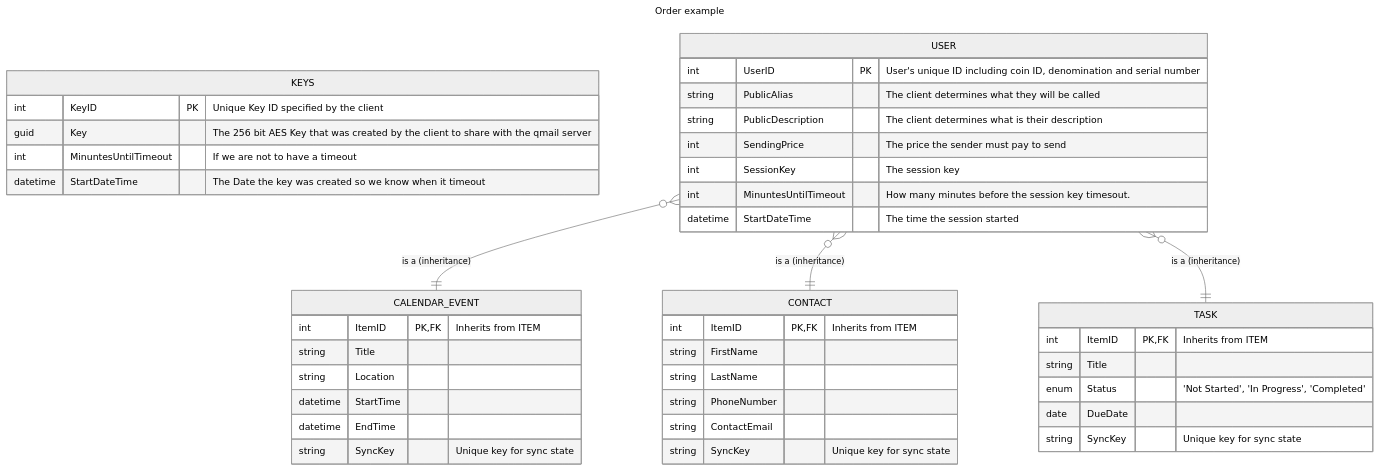
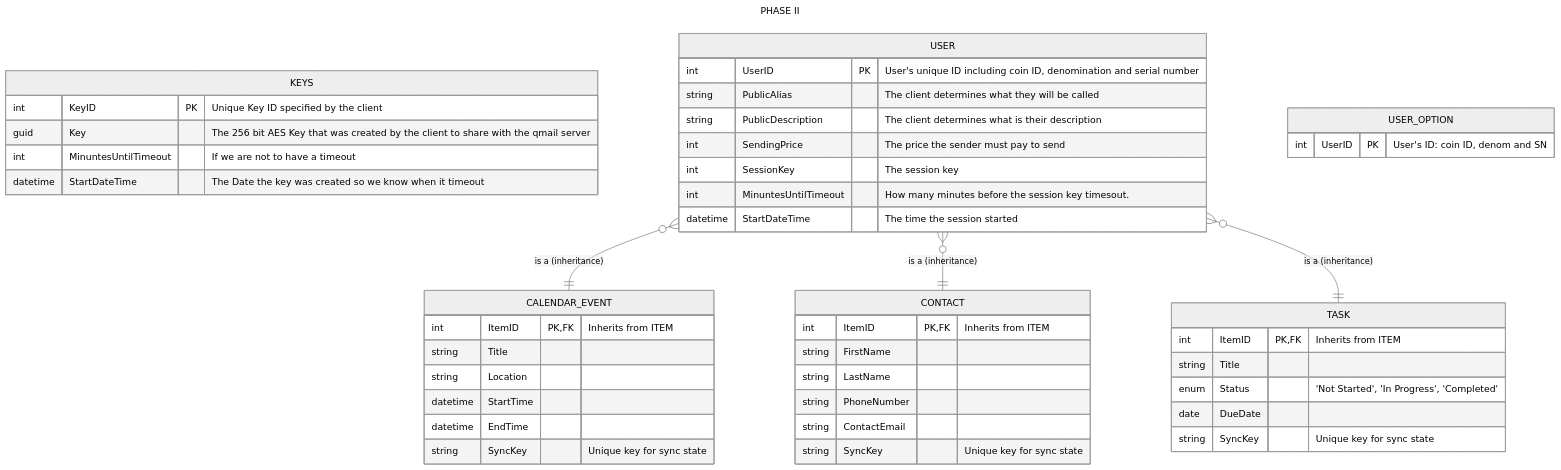
The second of 2 diagrams in Ideas In Progress/QMAIL/erd.md (worthingtonse/client-prompts), drawn with Mermaid (neutral theme) before and after one commit. The commit also changed other lines of this file, not shown here.

````diff
--- a/Ideas In Progress/QMAIL/erd.md
+++ b/Ideas In Progress/QMAIL/erd.md
@@ -64,54 +66,60 @@
 ```mermaid
 ---
-title: Order example
+title: PHASE II
 ---
 erDiagram
 
     KEYS {
         int KeyID PK "Unique Key ID specified by the client"
         guid Key  "The 256 bit AES Key that was created by the client to share with the qmail server"
         int MinuntesUntilTimeout "If we are not to have a timeout"
         datetime StartDateTime "The Date the key was created so we know when it timeout"
     }
 
     USER {
         int UserID PK "User's unique ID including coin ID, denomination and serial number"
         string PublicAlias "The client determines what they will be called"
         string PublicDescription "The client determines what is their description"
         int SendingPrice "The price the sender must pay to send"
         int SessionKey "The session key"
         int MinuntesUntilTimeout "How many minutes before the session key timesout."
         datetime StartDateTime "The time the session started"
+    }
+
+
+    USER_OPTION {
+        int UserID PK "User's ID: coin ID, denom and SN"
+
     }
 
     CALENDAR_EVENT {
         int ItemID PK, FK "Inherits from ITEM"
         string Title
         string Location
         datetime StartTime
         datetime EndTime
         string SyncKey "Unique key for sync state"
     }
 
     CONTACT {
         int ItemID PK, FK "Inherits from ITEM"
         string FirstName
         string LastName
         string PhoneNumber
         string ContactEmail
         string SyncKey "Unique key for sync state"
     }
 
     TASK {
         int ItemID PK, FK "Inherits from ITEM"
         string Title
         enum Status "'Not Started', 'In Progress', 'Completed'"
         date DueDate
         string SyncKey "Unique key for sync state"
     }
 
     USER }o--|| CALENDAR_EVENT : "is a (inheritance)"
     USER }o--|| CONTACT : "is a (inheritance)"
     USER }o--|| TASK : "is a (inheritance)"
 
 ```
````
